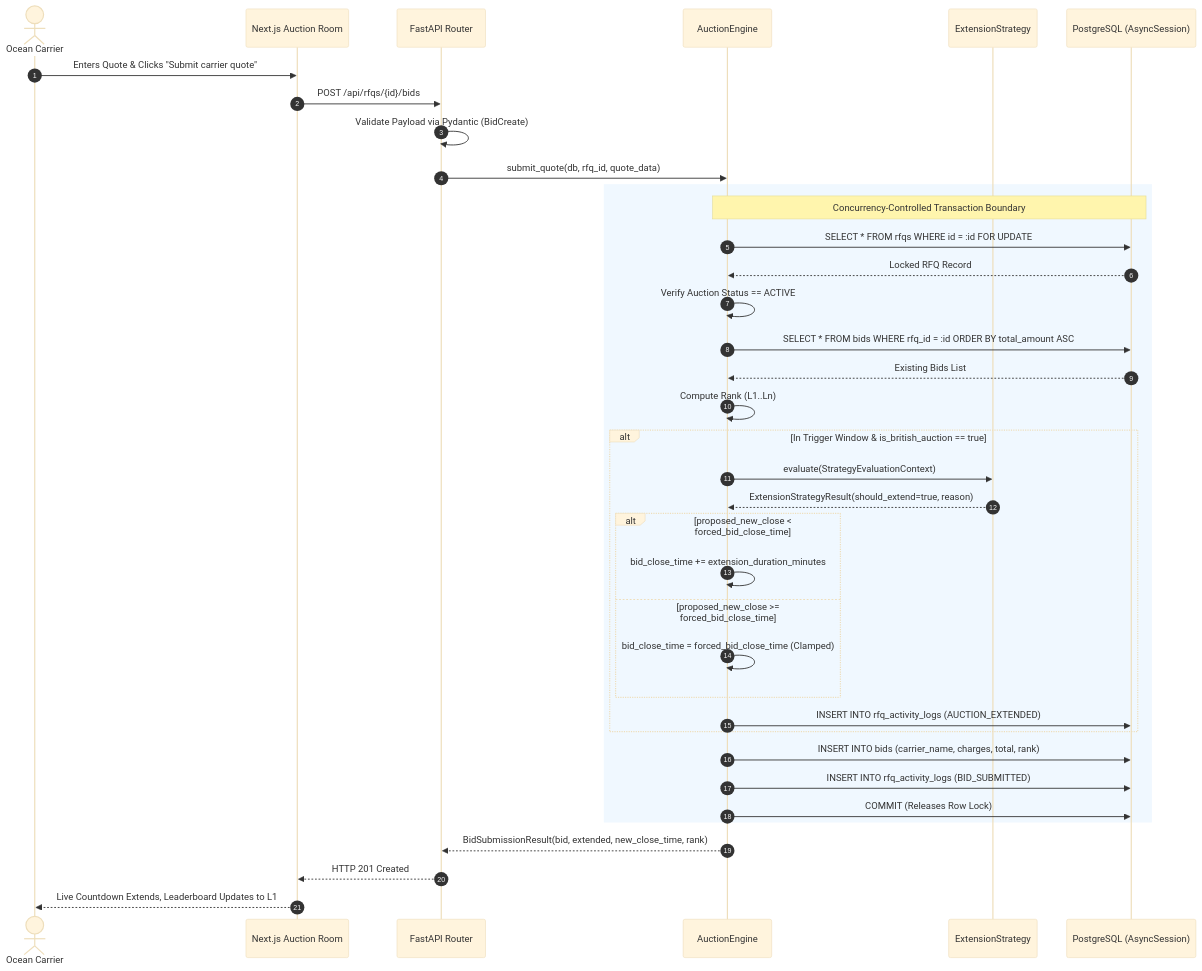
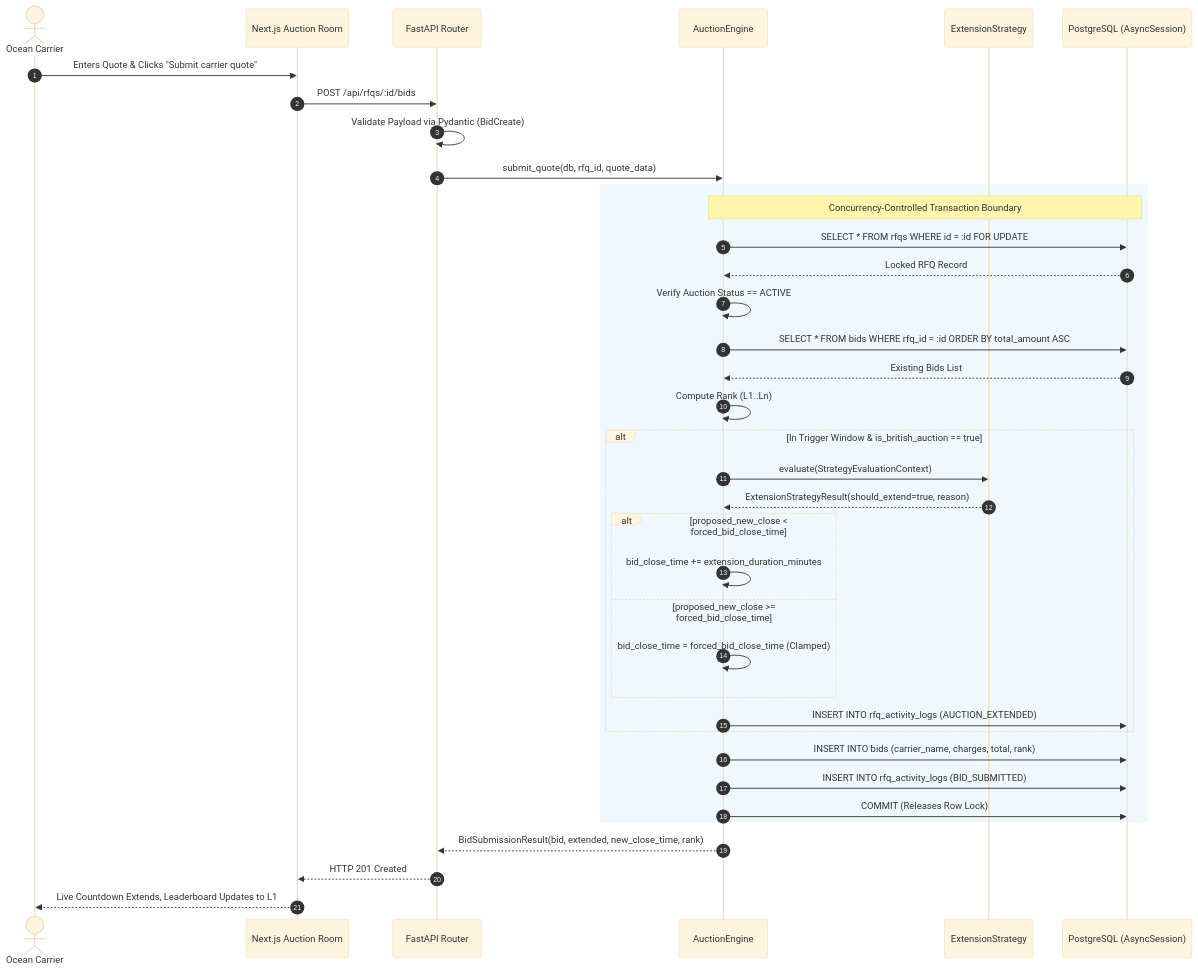
The second of 3 diagrams in README.md (Tanmay-Awal/british-auction-assignment), drawn with Mermaid (base theme) before and after one commit. The commit also changed other lines of this file, not shown here.

Commit message:
docs: fix Mermaid HLD diagram syntax by removing curly braces in arrow labels and redesigning architectural tiers

````diff
--- a/README.md
+++ b/README.md
@@ -273,46 +277,46 @@
 ```mermaid
 sequenceDiagram
     autonumber
     actor Carrier as Ocean Carrier
     participant UI as Next.js Auction Room
     participant API as FastAPI Router
     participant Engine as AuctionEngine
     participant Strat as ExtensionStrategy
     participant DB as PostgreSQL (AsyncSession)
 
     Carrier->>UI: Enters Quote & Clicks "Submit carrier quote"
-    UI->>API: POST /api/rfqs/{id}/bids
+    UI->>API: POST /api/rfqs/:id/bids
     API->>API: Validate Payload via Pydantic (BidCreate)
     API->>Engine: submit_quote(db, rfq_id, quote_data)
     
     rect rgb(240, 248, 255)
         note over Engine,DB: Concurrency-Controlled Transaction Boundary
         Engine->>DB: SELECT * FROM rfqs WHERE id = :id FOR UPDATE
         DB-->>Engine: Locked RFQ Record
         Engine->>Engine: Verify Auction Status == ACTIVE
         Engine->>DB: SELECT * FROM bids WHERE rfq_id = :id ORDER BY total_amount ASC
         DB-->>Engine: Existing Bids List
         Engine->>Engine: Compute Rank (L1..Ln)
         
         alt In Trigger Window & is_british_auction == true
             Engine->>Strat: evaluate(StrategyEvaluationContext)
             Strat-->>Engine: ExtensionStrategyResult(should_extend=true, reason)
             
             alt proposed_new_close < forced_bid_close_time
                 Engine->>Engine: bid_close_time += extension_duration_minutes
             else proposed_new_close >= forced_bid_close_time
                 Engine->>Engine: bid_close_time = forced_bid_close_time (Clamped)
             end
             
             Engine->>DB: INSERT INTO rfq_activity_logs (AUCTION_EXTENDED)
         end
         
         Engine->>DB: INSERT INTO bids (carrier_name, charges, total, rank)
         Engine->>DB: INSERT INTO rfq_activity_logs (BID_SUBMITTED)
         Engine->>DB: COMMIT (Releases Row Lock)
     end
 
     Engine-->>API: BidSubmissionResult(bid, extended, new_close_time, rank)
     API-->>UI: HTTP 201 Created
     UI-->>Carrier: Live Countdown Extends, Leaderboard Updates to L1
 ```
````
